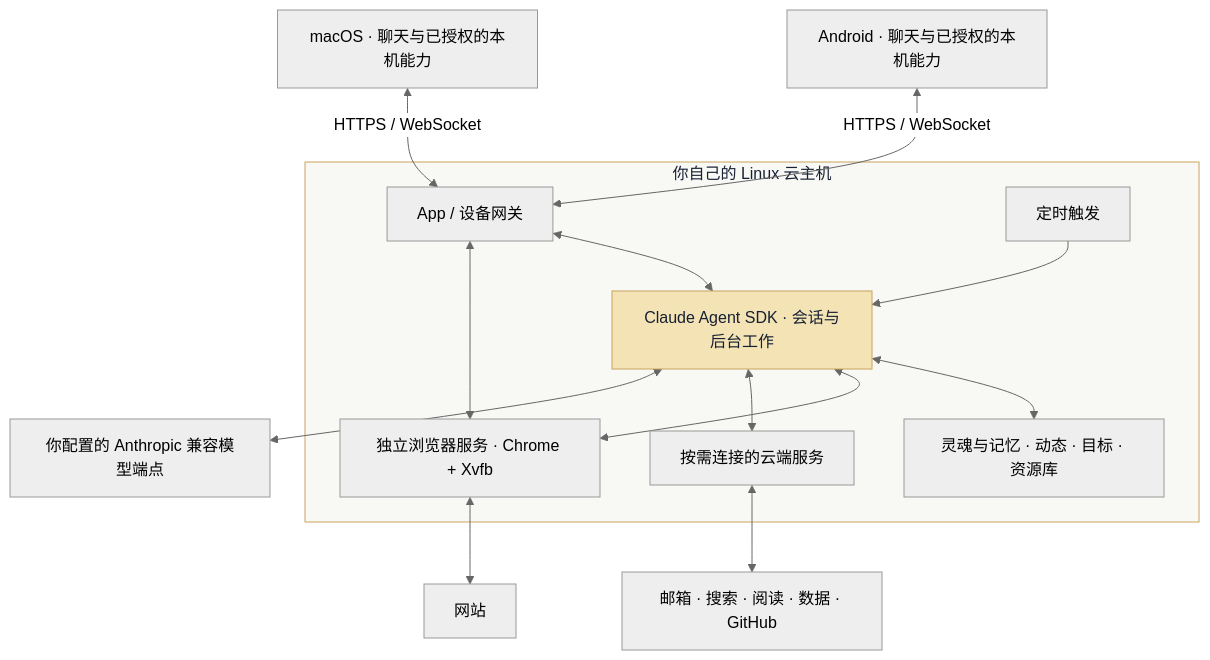
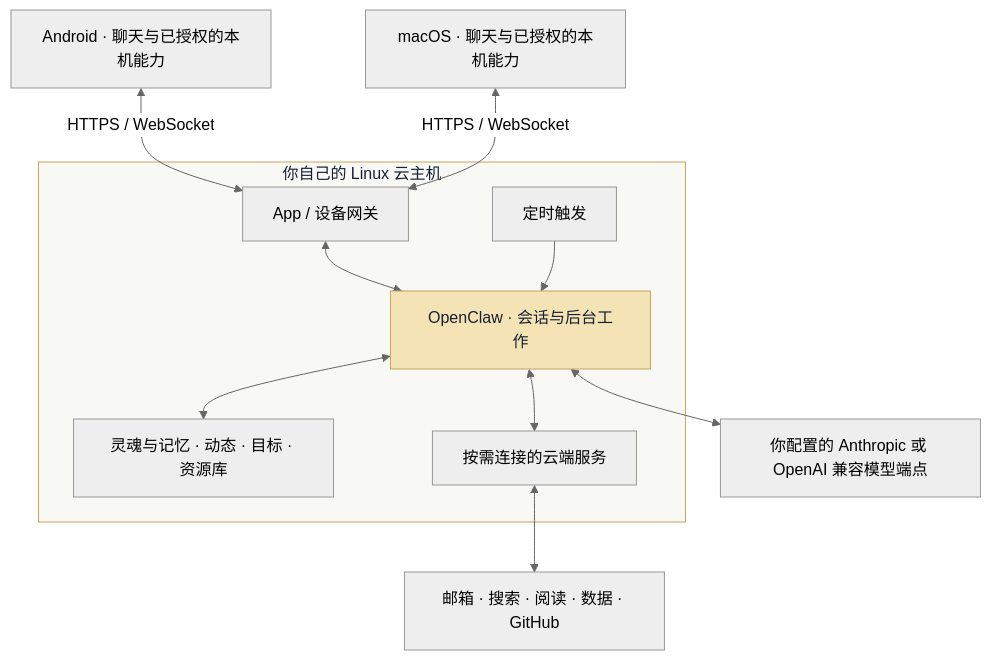
The diagram in README.md (Xiamu-ssr/personal-agent), drawn with Mermaid (neutral theme) before and after one commit. The commit also changed other lines of this file and 197 other files, not shown here.

Commit message:
feat: rebuild Doudou 1.0 on the OpenClaw runtime

````diff
--- a/README.md
+++ b/README.md
@@ -119,33 +124,28 @@
 ```mermaid
 flowchart TB
   Android["Android · 聊天与已授权的本机能力"]
   Mac["macOS · 聊天与已授权的本机能力"]
 
   subgraph Cloud["你自己的 Linux 云主机"]
     Gateway["App / 设备网关"]
-    Core["Claude Agent SDK · 会话与后台工作"]
+    Core["OpenClaw · 会话与后台工作"]
     Content["灵魂与记忆 · 动态 · 目标 · 资源库"]
     Schedule["定时触发"]
-    Browser["独立浏览器服务 · Chrome + Xvfb"]
     Connectors["按需连接的云端服务"]
     Gateway <--> Core
     Core <--> Content
     Schedule --> Core
-    Core <--> Browser
     Core <--> Connectors
-    Gateway <--> Browser
   end
 
-  Model["你配置的 Anthropic 兼容模型端点"]
+  Model["你配置的 Anthropic 或 OpenAI 兼容模型端点"]
   Services["邮箱 · 搜索 · 阅读 · 数据 · GitHub"]
-  Websites["网站"]
   Android <-->|"HTTPS / WebSocket"| Gateway
   Mac <-->|"HTTPS / WebSocket"| Gateway
   Core <--> Model
   Connectors <--> Services
-  Browser <--> Websites
 
   classDef gold fill:#F3E3B5,stroke:#C9A45C,color:#172033
   class Core gold
   style Cloud fill:#F8F8F5,stroke:#C9A45C,color:#172033
 ```
````
